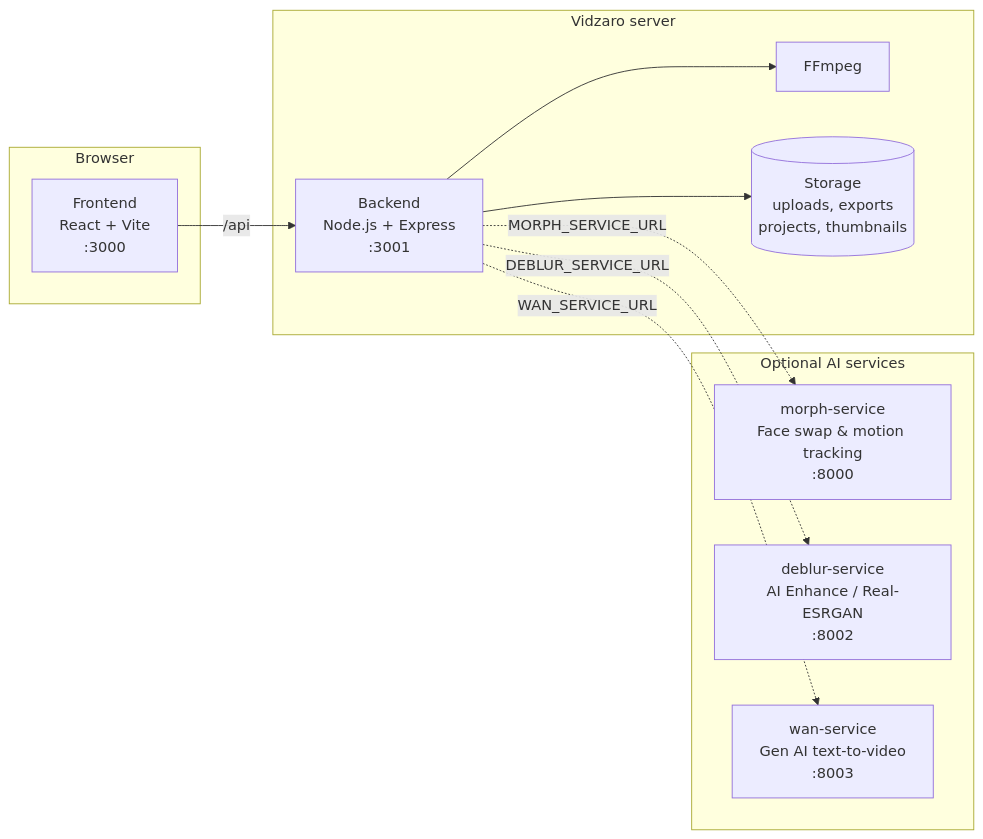
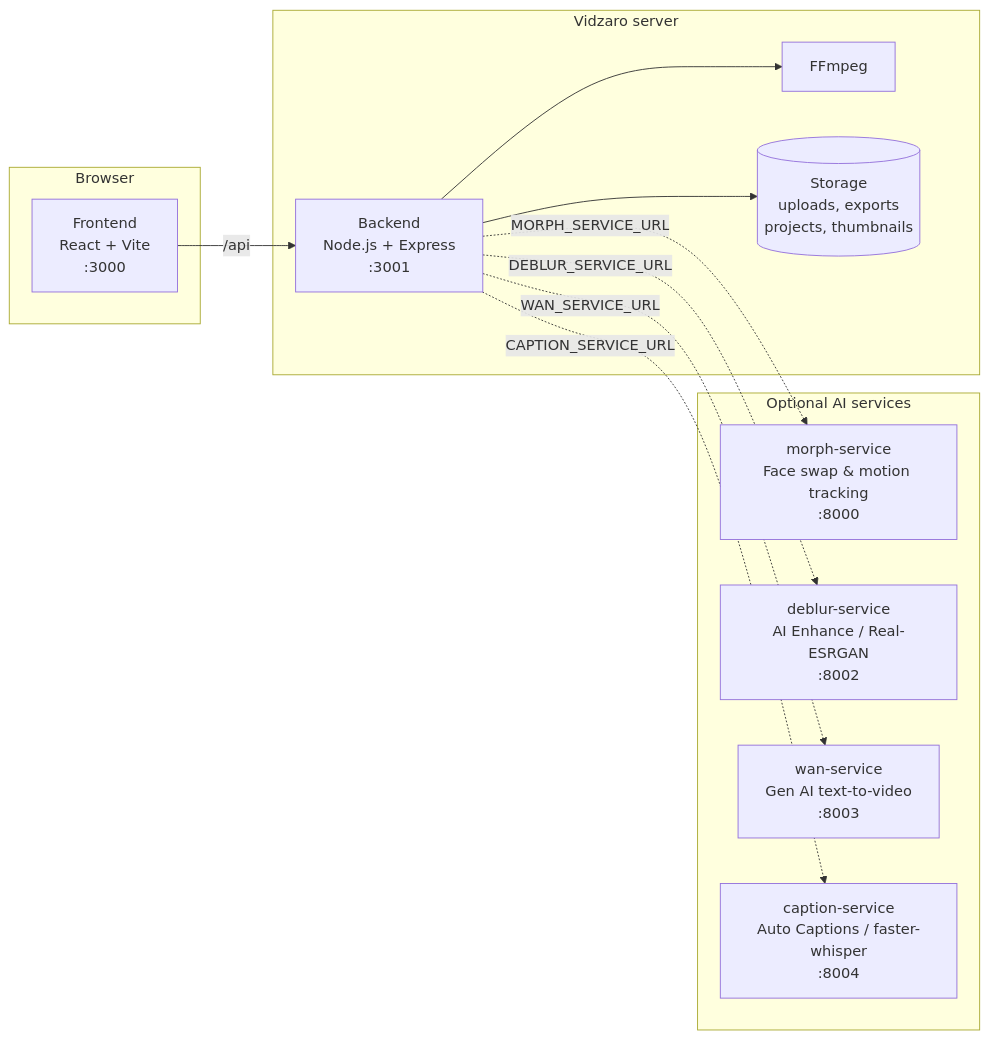
The diagram in README.md (associatenitin/Vidzaro), drawn with Mermaid before and after one commit. The commit also changed other lines of this file and 13 other files, not shown here.

````diff
--- a/README.md
+++ b/README.md
@@ -124,25 +133,27 @@
 ```mermaid
 flowchart LR
   subgraph Client["Browser"]
     FE[Frontend\nReact + Vite\n:3000]
   end
 
   subgraph Server["Vidzaro server"]
     BE[Backend\nNode.js + Express\n:3001]
     FF[FFmpeg]
     FS[(Storage\nuploads, exports\nprojects, thumbnails)]
   end
 
   subgraph Optional["Optional AI services"]
     MORPH[morph-service\nFace swap & motion tracking\n:8000]
     DEBLUR[deblur-service\nAI Enhance / Real-ESRGAN\n:8002]
     WAN[wan-service\nGen AI text-to-video\n:8003]
+    CAPTION[caption-service\nAuto Captions / faster-whisper\n:8004]
   end
 
   FE -->|"/api"| BE
   BE --> FF
   BE --> FS
   BE -.->|MORPH_SERVICE_URL| MORPH
   BE -.->|DEBLUR_SERVICE_URL| DEBLUR
   BE -.->|WAN_SERVICE_URL| WAN
+  BE -.->|CAPTION_SERVICE_URL| CAPTION
 ```
````
